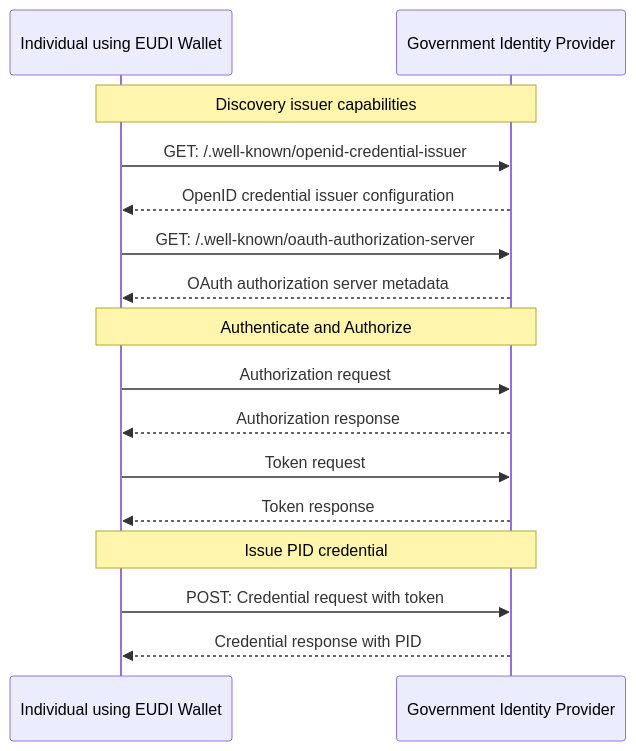
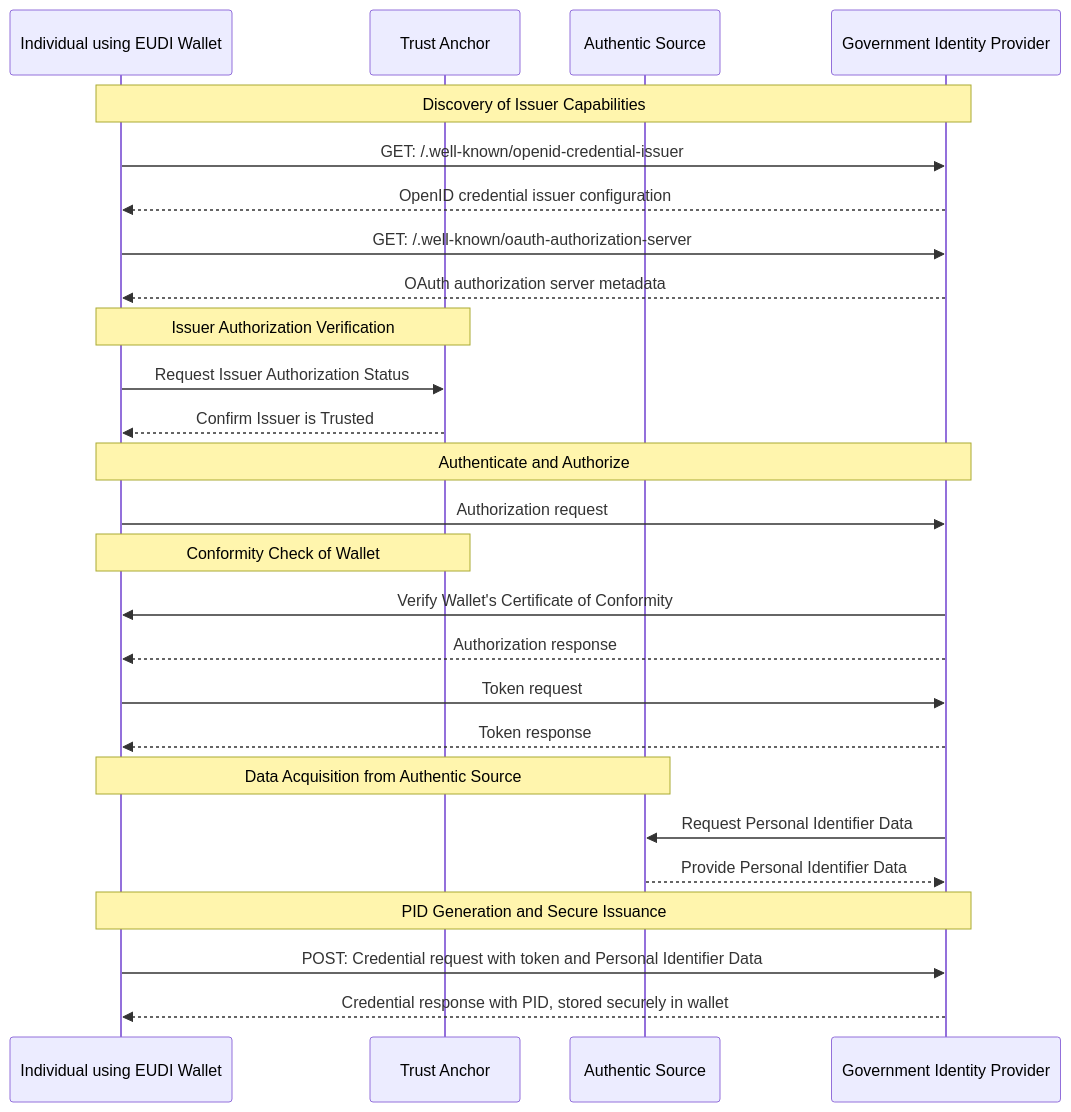
The diagram in ewc-rfc003-issue-PID.md (matteo-ms/eudi-wallet-rfcs), drawn with Mermaid before and after one commit. The commit also changed other lines of this file, not shown here.

````diff
--- a/ewc-rfc003-issue-PID.md
+++ b/ewc-rfc003-issue-PID.md
@@ -51,21 +62,37 @@
 ```mermaid
   sequenceDiagram
     participant I as Individual using EUDI Wallet
+    participant TA as Trust Anchor
+    participant AS as Authentic Source
     participant O as Government Identity Provider
-
-    Note over I,O: Discovery issuer capabilities 
+    
+    Note over I,O: Discovery of Issuer Capabilities 
     I->>O: GET: /.well-known/openid-credential-issuer
     O-->>I: OpenID credential issuer configuration
     I->>O: GET: /.well-known/oauth-authorization-server
     O-->>I: OAuth authorization server metadata
+        
+    Note over I,TA: Issuer Authorization Verification
+    I->>TA: Request Issuer Authorization Status
+    TA-->>I: Confirm Issuer is Trusted
     
     Note over I,O: Authenticate and Authorize
     I->>O: Authorization request
+    
+    Note over I,TA: Conformity Check of Wallet
+    O->>I: Verify Wallet's Certificate of Conformity
+
     O-->>I: Authorization response 
     I->>O: Token request
     O-->>I: Token response
     
-    Note over I,O: Issue PID credential
-    I->>O: POST: Credential request with token 
-    O-->>I: Credential response with PID
+        Note over I,AS: Data Acquisition from Authentic Source
+    O->>AS: Request Personal Identifier Data
+    AS-->>O: Provide Personal Identifier Data
+
+    
+    Note over I,O: PID Generation and Secure Issuance
+    I->>O: POST: Credential request with token and Personal Identifier Data
+    O-->>I: Credential response with PID, stored securely in wallet
+
 ```
````
